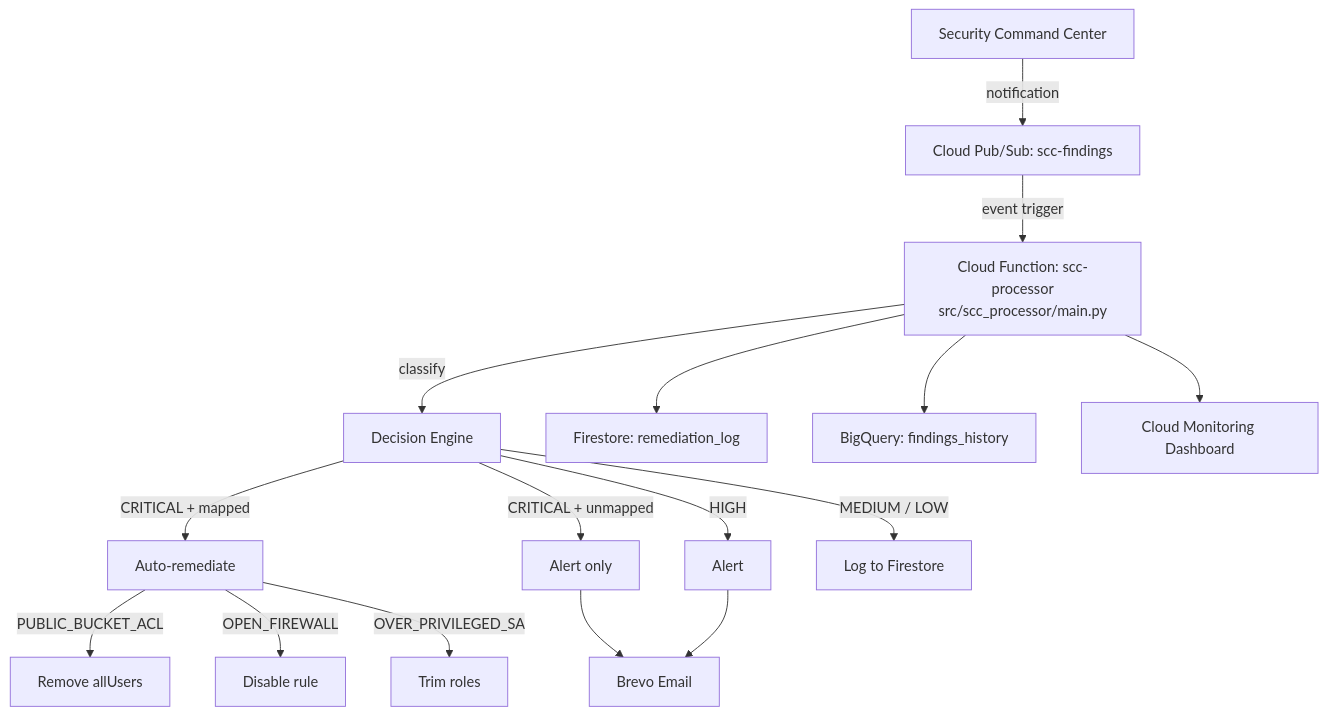
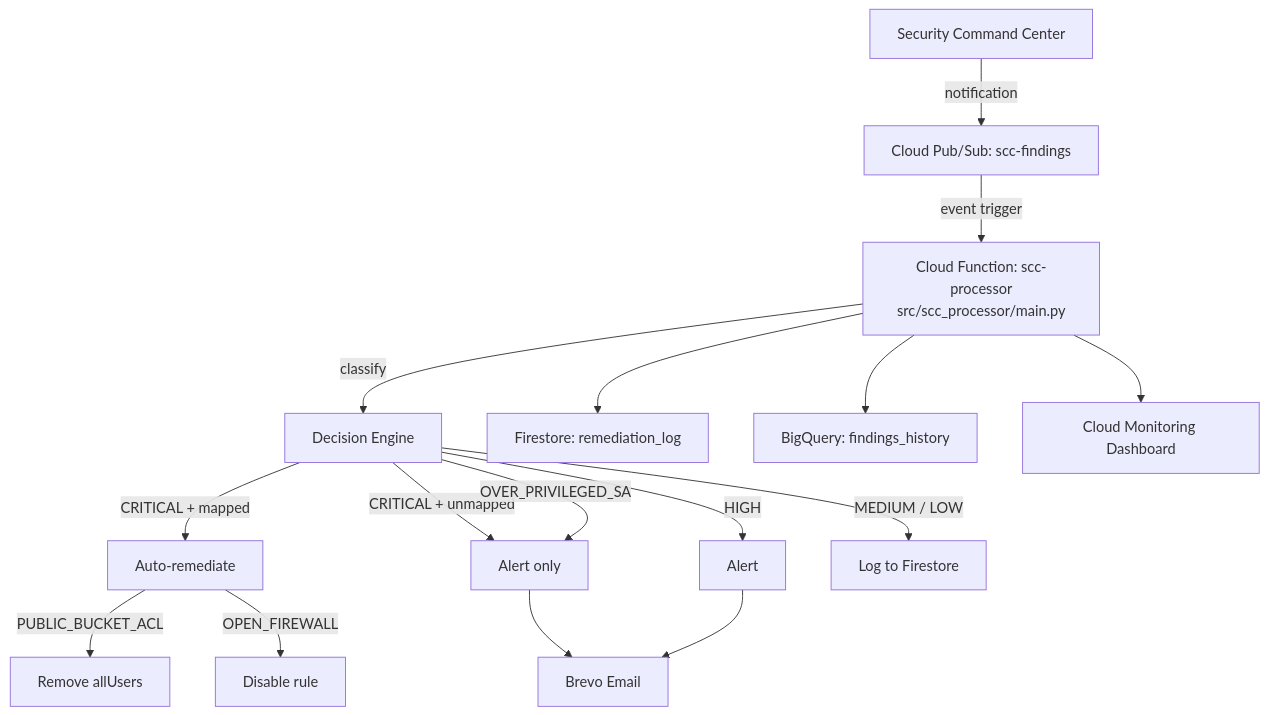
The diagram in docs/INTERVIEW_WALKTHROUGH.md (Bigbadlonewolf/SecureVault), drawn with Mermaid before and after one commit. The commit also changed other lines of this file and 1 other file, not shown here.

````diff
--- a/docs/INTERVIEW_WALKTHROUGH.md
+++ b/docs/INTERVIEW_WALKTHROUGH.md
@@ -30,18 +30,18 @@
 ```mermaid
 flowchart TD
     SCC[Security Command Center] -->|notification| PS[Cloud Pub/Sub: scc-findings]
     PS -->|event trigger| CF[Cloud Function: scc-processor<br/>src/scc_processor/main.py]
     CF -->|classify| DE[Decision Engine]
     DE -->|CRITICAL + mapped| REM[Auto-remediate]
     DE -->|CRITICAL + unmapped| ALERT1[Alert only]
     DE -->|HIGH| ALERT2[Alert]
     DE -->|MEDIUM / LOW| LOG[Log to Firestore]
     REM -->|PUBLIC_BUCKET_ACL| A1[Remove allUsers]
     REM -->|OPEN_FIREWALL| A2[Disable rule]
-    REM -->|OVER_PRIVILEGED_SA| A3[Trim roles]
+    DE -->|OVER_PRIVILEGED_SA| ALERT1
     ALERT1 --> BV[Brevo Email]
     ALERT2 --> BV
     CF --> FS[Firestore: remediation_log]
     CF --> BQ[BigQuery: findings_history]
     CF --> MON[Cloud Monitoring Dashboard]
 ```
````
